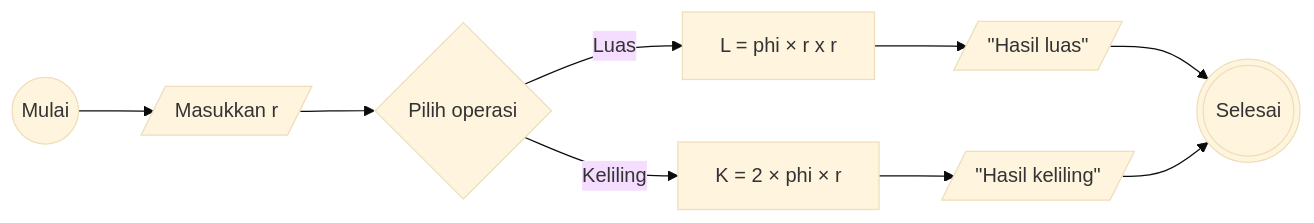
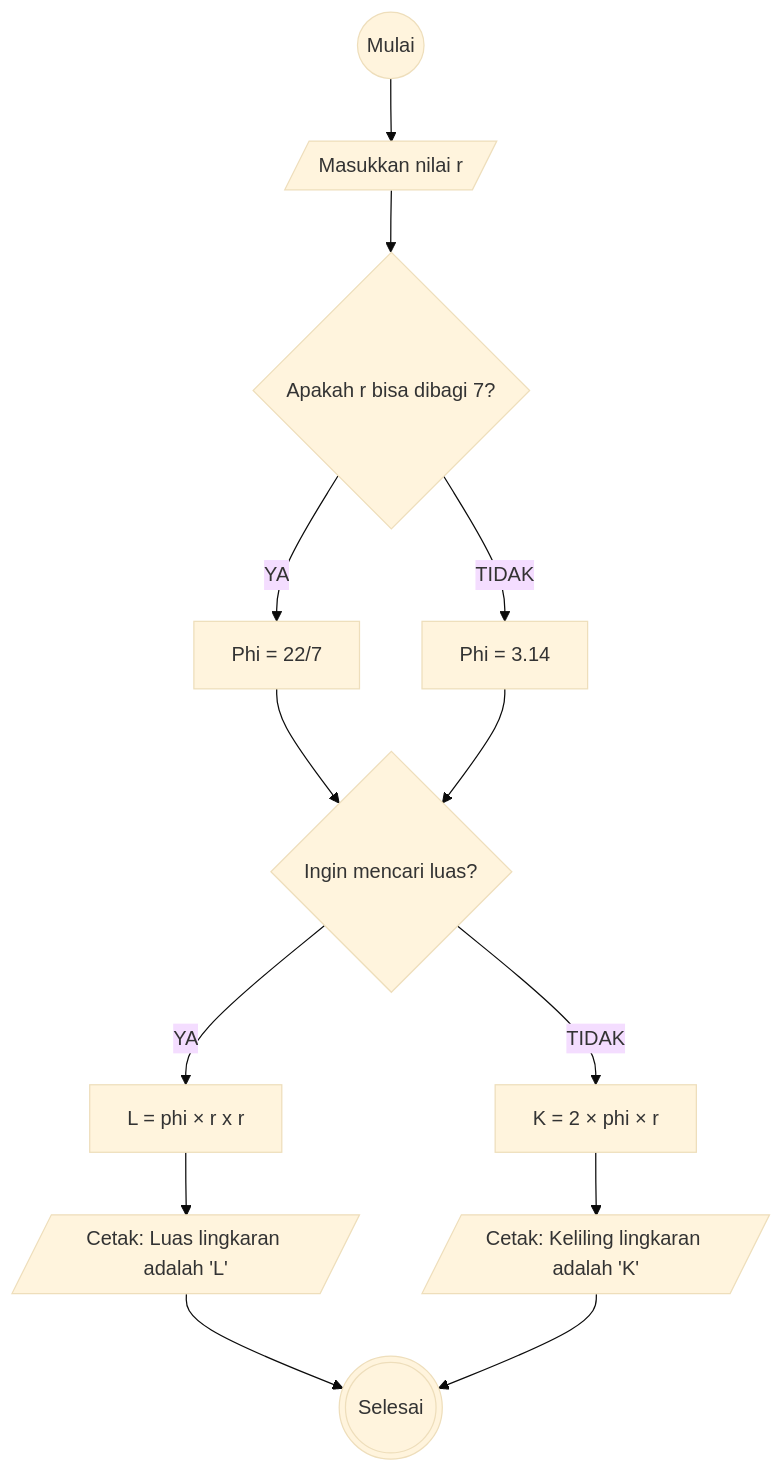
One commit to ranandasatria/fgo24-algoritma changed the diagram in Algoritma Minitask - Lingkaran.md. Above: the diagram before and after it, drawn with Mermaid (base theme). The commit also changed other lines of this file, not shown here.

````diff
--- a/Algoritma Minitask - Lingkaran.md
+++ b/Algoritma Minitask - Lingkaran.md
@@ -12,16 +12,23 @@
 ```mermaid
-flowchart LR
+flowchart 
     A@{shape: circle, label: "Mulai"}
-    B@{shape: lean-r, label: "Masukkan r"}
-    C{"Pilih operasi"}
+    B@{shape: lean-r, label: "Masukkan nilai r"}
+    phi{"Apakah r bisa dibagi 7?"}
+    phib@{shape: rect, label: "Phi = 22/7"}
+    phic@{shape: rect, label: "Phi = 3.14"}
+    C{"Ingin mencari luas?"}
     D@{shape: rect, label: "L = phi × r x r"}
     E@{shape: rect, label: "K = 2 × phi × r"}
-    F@{shape: lean-r, label: '"Hasil luas"'}
-    G@{shape: lean-r, label: '"Hasil keliling"'}
+    F@{shape: lean-r, label: "Cetak: Luas lingkaran adalah 'L'"}
+    G@{shape: lean-r, label: "Cetak: Keliling lingkaran adalah 'K'"}
     H@{shape: dbl-circ, label: "Selesai"}
 
     A --> B
-    B --> C
-    C --> |Luas| D --> F --> H
-    C -->|Keliling| E --> G --> H
+    B --> phi
+    phi --YA--> phib
+    phi --TIDAK--> phic
+    phib --> C
+    phic --> C
+    C --YA--> D --> F --> H
+    C --TIDAK--> E --> G --> H
 ```
````
